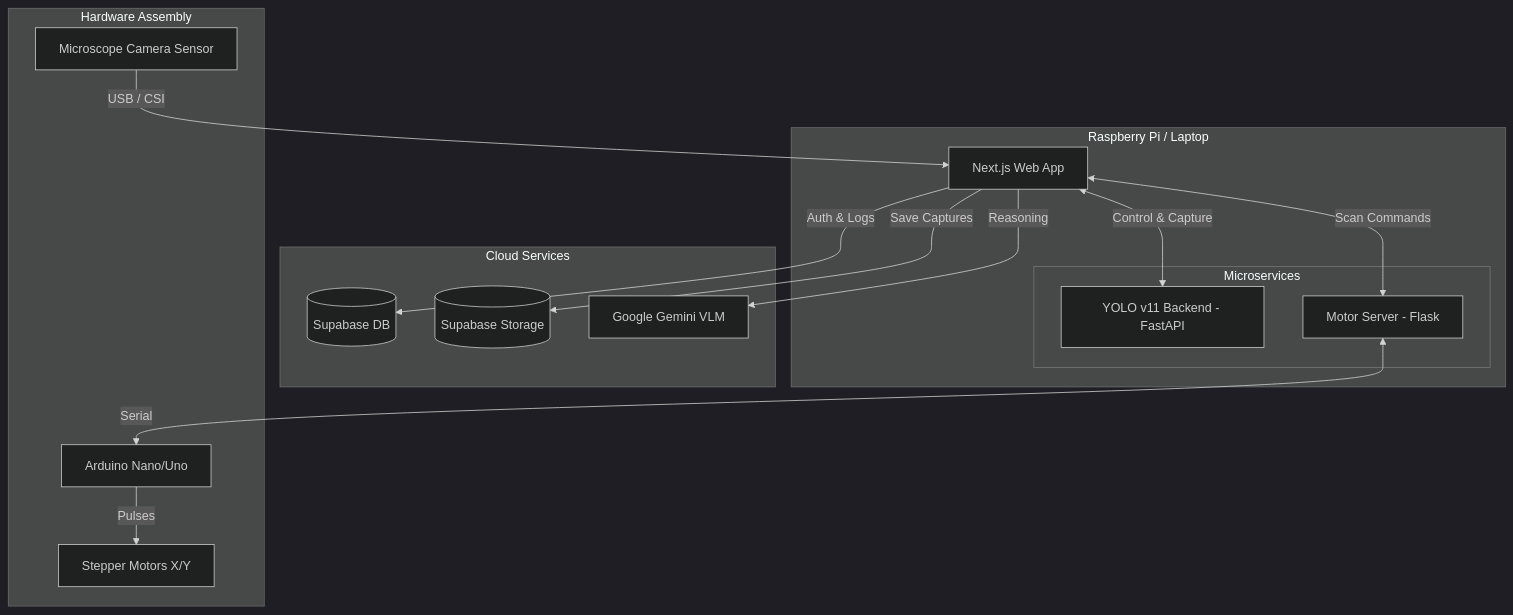
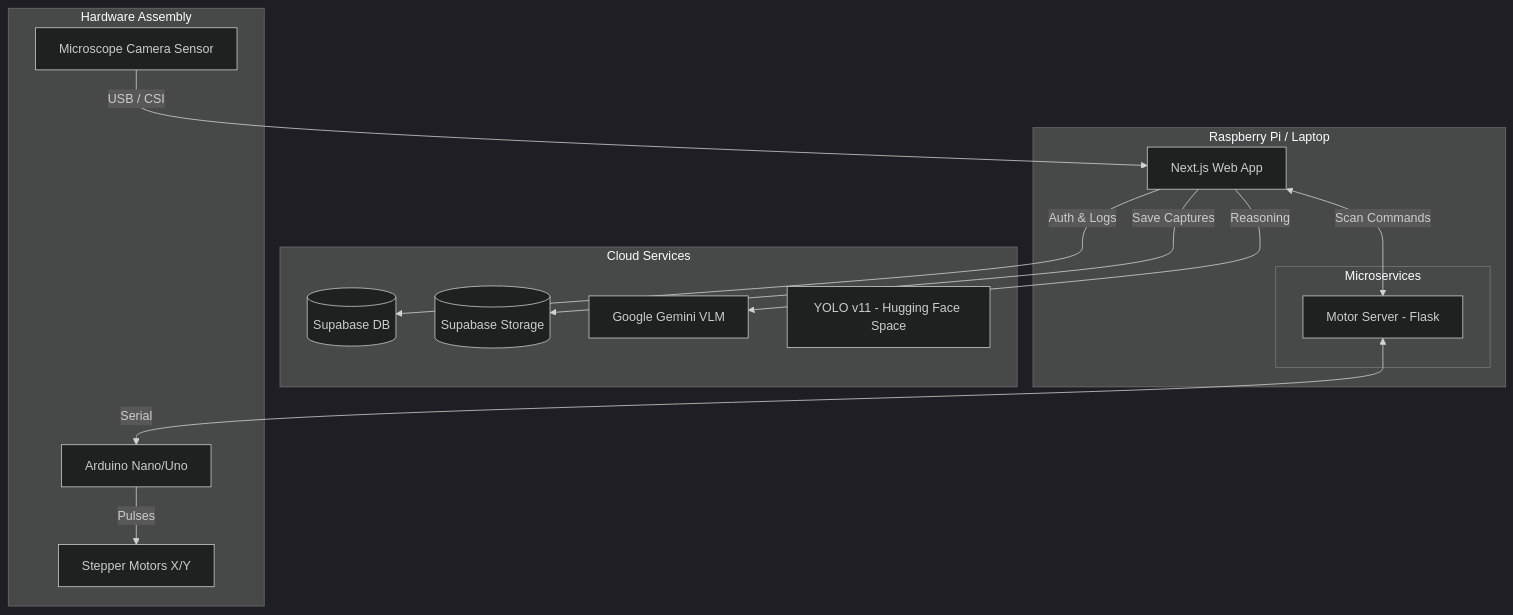
The first of 4 diagrams in README.md (mcggEz/microview-ai), drawn with Mermaid (dark theme) before and after one commit. The commit also changed other lines of this file, not shown here.

````diff
--- a/README.md
+++ b/README.md
@@ -19,35 +19,34 @@
 ```mermaid
 flowchart TB
   subgraph Cloud Services
     DB[(Supabase DB)]
     ST[(Supabase Storage)]
     VLM[Google Gemini VLM]
+    YOLO[YOLO v11 - Hugging Face Space]
   end
 
   subgraph Local Workstation [Raspberry Pi / Laptop]
     UI[Next.js Web App]
     
     subgraph Microservices
-      YOLO[YOLO v11 Backend - FastAPI]
       MOTOR[Motor Server - Flask]
     end
     
-    UI <-->|Control & Capture| YOLO
     UI <-->|Scan Commands| MOTOR
   end
 
   subgraph Hardware Assembly
     ARD[Arduino Nano/Uno]
     STEP[Stepper Motors X/Y]
     CAM[Microscope Camera Sensor]
     
     MOTOR <-->|Serial| ARD
     ARD -->|Pulses| STEP
     CAM -->|USB / CSI| UI
   end
 
   %% Data Flow
   UI -->|Auth & Logs| DB
   UI -->|Save Captures| ST
   UI -->|Reasoning| VLM
 ```
````
